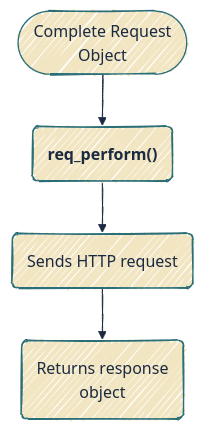
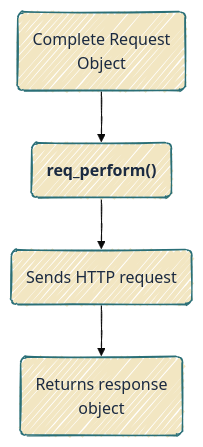
Before and after one commit to mjfrigaard/do4ds-labs: the fourth of 6 diagrams in r-app-api.qmd, drawn with Mermaid. The commit also changed other lines of this file and 37 other files, not shown here.

Commit message:
updates to mermaid

````diff
--- a/r-app-api.qmd
+++ b/r-app-api.qmd
@@ -357,12 +362,13 @@
 ```{mermaid}
 %%| fig-width: 6.5
 %%| fig-align: center
-%%{init: {'theme': 'base', 'look': 'handDrawn', 'themeVariables': { 'fontFamily': 'monospace', 'primaryColor': '#F2E6C2', 'primaryBorderColor': '#2A6F77', 'primaryTextColor': '#1B2A41', 'secondaryColor': '#d4e7e4', 'tertiaryColor': '#f5f0e4', 'lineColor': '#1B2A41', 'edgeLabelBackground': '#F2E6C2'}}}%%
+%%{init: {'theme': 'base', 'look': 'handDrawn', 'themeVariables': {'fontFamily': 'monospace'}}}%%
 
 graph TD
-	A(["Complete Request<br>Object"]) --> B("<strong>req_perform()</strong>")
+	A("Complete Request<br>Object") --> B("<strong>req_perform()</strong>")
 	B --> C("Sends HTTP request")
 	C --> D("Returns response<br>object")
+    classDef default fill:#F2E6C2,stroke:#2A6F77,color:#1B2A41
 
 
 ```
````
